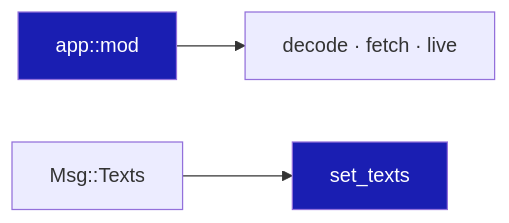
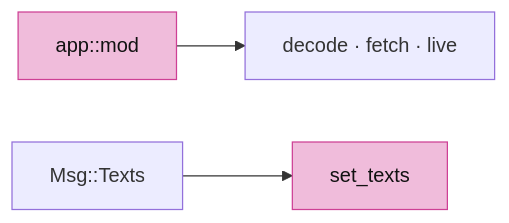
The eighth of 8 diagrams in session_viewer/docs/14-loading.md (petrasvestartas/session), drawn with Mermaid before and after one commit. The commit also changed other lines of this file and 23 other files, not shown here.

Commit message:
Course: Mermaid nodes white with black text, highlighted nodes pink, white arrows and edge labels on the black ground

````diff
--- a/session_viewer/docs/14-loading.md
+++ b/session_viewer/docs/14-loading.md
@@ -146,7 +146,7 @@
 ```mermaid
 flowchart LR
     M["app::mod"] --> D["decode · fetch · live"]
     T["Msg::Texts"] --> S["set_texts"]
-    style M fill:#1a1eb2,color:#fff
-    style S fill:#1a1eb2,color:#fff
+    style M fill:#f0bcdb,stroke:#ce4095,color:#111
+    style S fill:#f0bcdb,stroke:#ce4095,color:#111
 ```
````
